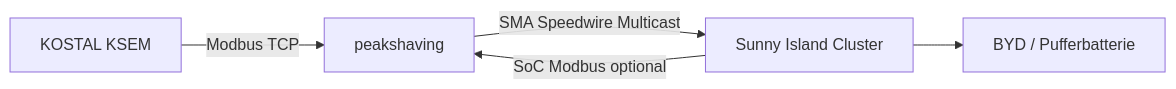
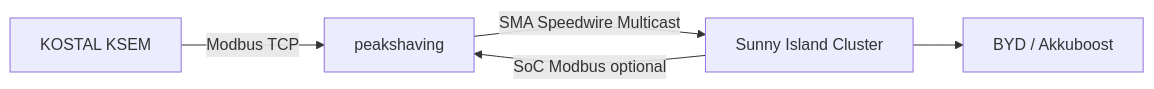
The diagram in wiki/Peak-Shaving-und-Sunny-Island.md (BugUser0815/QC45), drawn with Mermaid before and after one commit. The commit also changed other lines of this file and 9 other files, not shown here.

````diff
--- a/wiki/Peak-Shaving-und-Sunny-Island.md
+++ b/wiki/Peak-Shaving-und-Sunny-Island.md
@@ -9,7 +9,7 @@
 ```mermaid
 flowchart LR
   K[KOSTAL KSEM] -->|Modbus TCP| P[peakshaving]
   P -->|SMA Speedwire Multicast| S[Sunny Island Cluster]
-  S --> B[BYD / Pufferbatterie]
+  S --> B[BYD / Akkuboost]
   S -->|SoC Modbus optional| P
 ```
````
